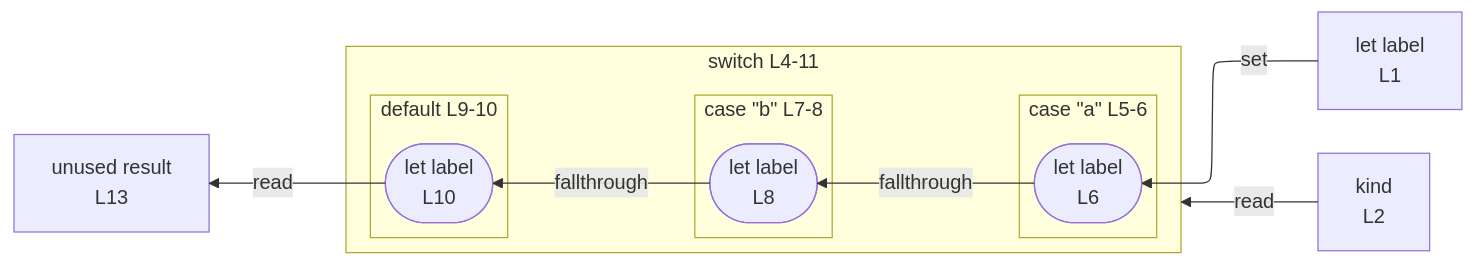
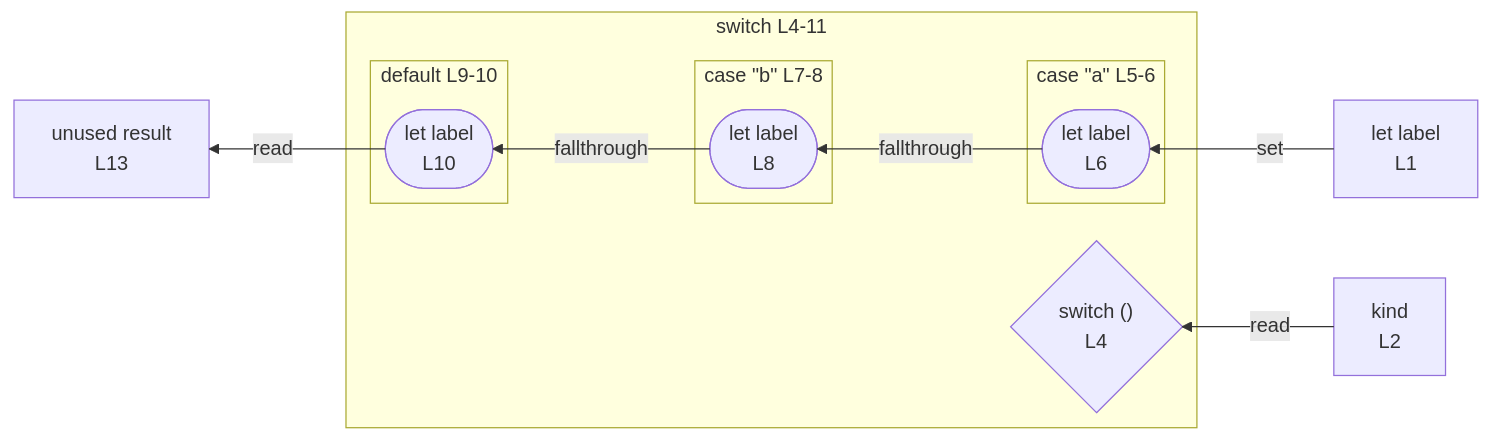
One commit to crescware/unsnarl changed the diagram in integration/fixtures/control-switch-fallthrough/preview.md. Above: the diagram before and after it, drawn with Mermaid. The commit also changed 65 other files, not shown here.

````diff
--- a/integration/fixtures/control-switch-fallthrough/preview.md
+++ b/integration/fixtures/control-switch-fallthrough/preview.md
@@ -23,27 +23,28 @@
 ```mermaid
 %%{init: {"flowchart": {"defaultRenderer": "elk"}}}%%
 flowchart RL
   n_scope_0_label_4["let label<br/>L1"]
   n_scope_0_kind_22["kind<br/>L2"]
   n_scope_0_result_157["unused result<br/>L13"]
   subgraph s_scope_1["switch L4-11"]
     direction RL
+    switch_discriminant_scope_0_35{"switch ()<br/>L4"}
     subgraph s_scope_2["case &quot;a&quot; L5-6"]
       direction RL
       wr_ref_1(["let label<br/>L6"])
     end
     subgraph s_scope_3["case &quot;b&quot; L7-8"]
       direction RL
       wr_ref_2(["let label<br/>L8"])
     end
     subgraph s_scope_4["default L9-10"]
       direction RL
       wr_ref_3(["let label<br/>L10"])
     end
   end
   n_scope_0_label_4 -->|set| wr_ref_1
   wr_ref_1 -->|fallthrough| wr_ref_2
   wr_ref_2 -->|fallthrough| wr_ref_3
-  n_scope_0_kind_22 -->|read| s_scope_1
+  n_scope_0_kind_22 -->|read| switch_discriminant_scope_0_35
   wr_ref_3 -->|read| n_scope_0_result_157
 ```
````
